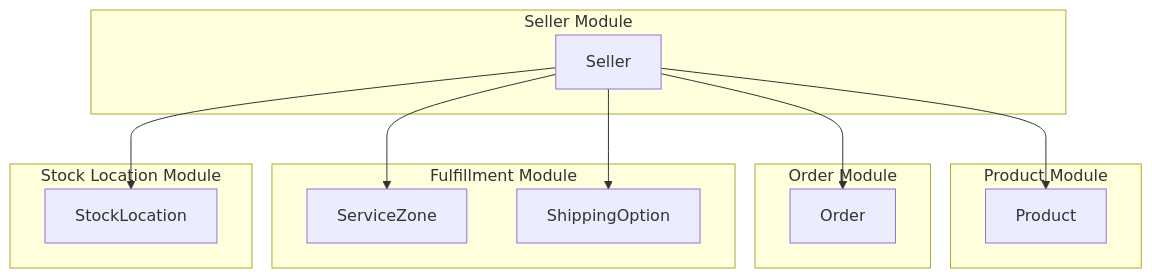
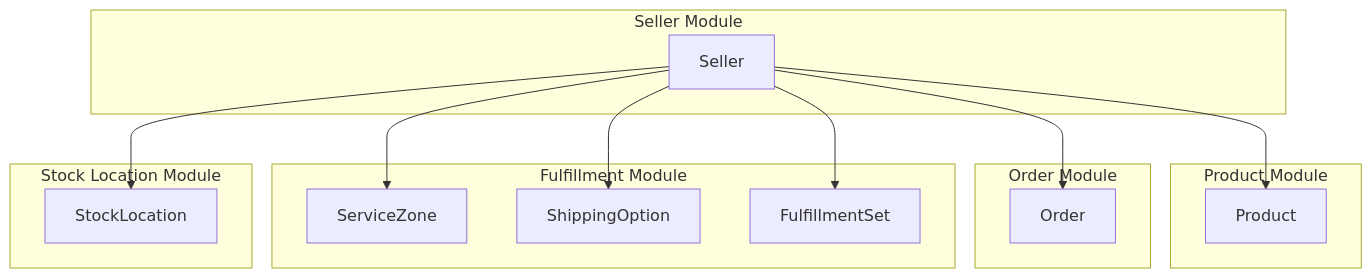
One commit to rigby-sh/mercur-v2-docs changed the first of 3 diagrams in core-concepts/seller.mdx. Above: the diagram before and after it, drawn with Mermaid. The commit also changed other lines of this file and 4 other files, not shown here.

````diff
--- a/core-concepts/seller.mdx
+++ b/core-concepts/seller.mdx
@@ -25,29 +26,31 @@
 ```mermaid
 graph TD
     subgraph SellerModule[Seller Module]
         Seller
     end
 
     subgraph ProductModule[Product Module]
         Product
     end
 
     subgraph OrderModule[Order Module]
         Order
     end
 
     subgraph FulfillmentModule[Fulfillment Module]
         ServiceZone
         ShippingOption
+        FulfillmentSet
     end
 
     subgraph StockLocationModule[Stock Location Module]
         StockLocation
     end
 
     Seller --> Product
     Seller --> Order
     Seller --> ServiceZone
     Seller --> ShippingOption
     Seller --> StockLocation
+    Seller --> FulfillmentSet
 ```
````
